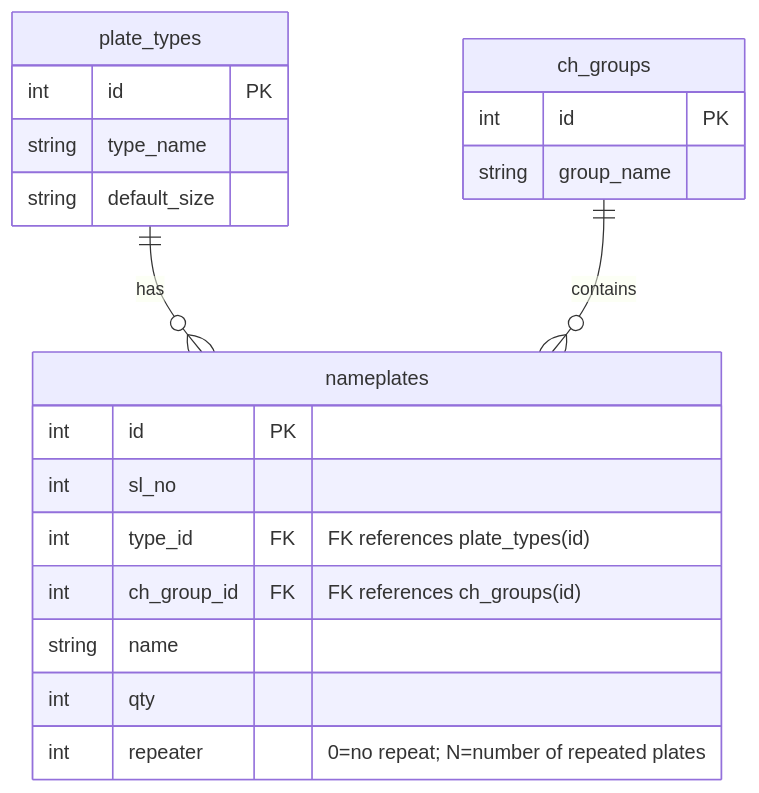
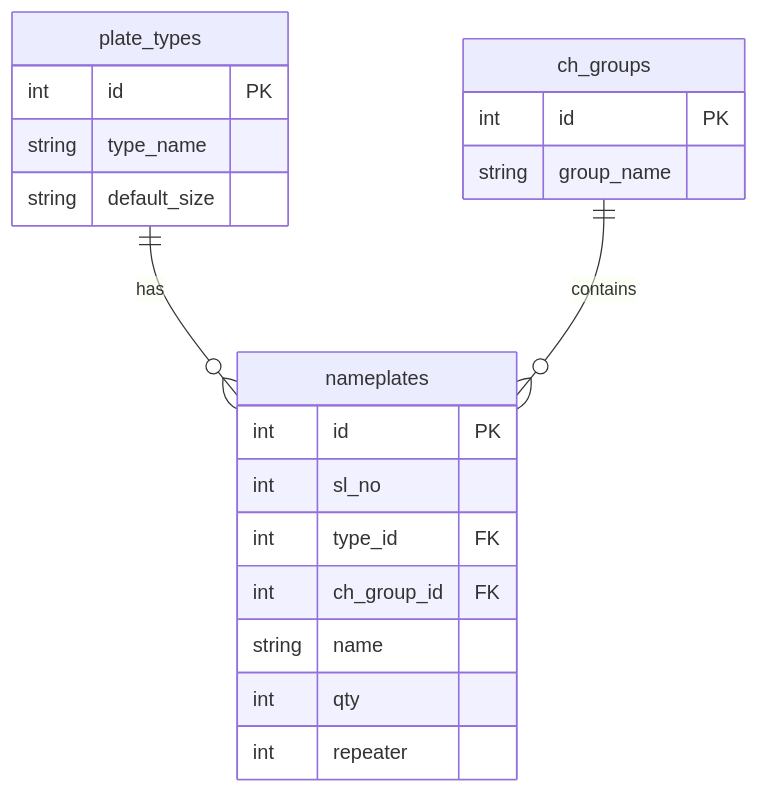
The third of 3 diagrams in README.md (aamitn/plategen), drawn with Mermaid before and after one commit. The commit also changed other lines of this file, not shown here.

````diff
--- a/README.md
+++ b/README.md
@@ -147,26 +131,26 @@
 ```mermaid
 erDiagram
     plate_types ||--o{ nameplates : has
     ch_groups ||--o{ nameplates : contains
 
     plate_types {
         int id PK
         string type_name
         string default_size
     }
 
     ch_groups {
         int id PK
         string group_name
     }
 
     nameplates {
         int id PK
         int sl_no
-        int type_id FK "FK references plate_types(id)"
-        int ch_group_id FK "FK references ch_groups(id)"
+        int type_id FK
+        int ch_group_id FK
         string name
         int qty
-        int repeater "0=no repeat; N=number of repeated plates"
+        int repeater
     }
 ```
````
